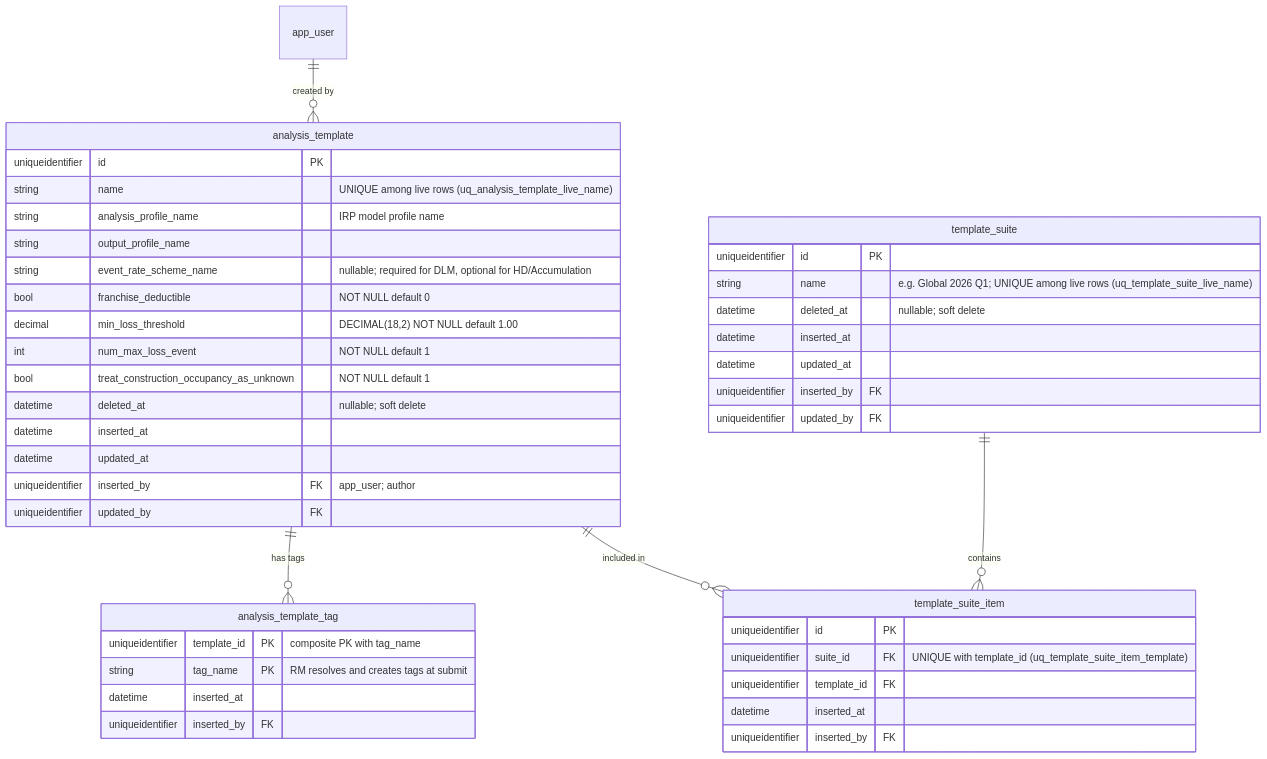
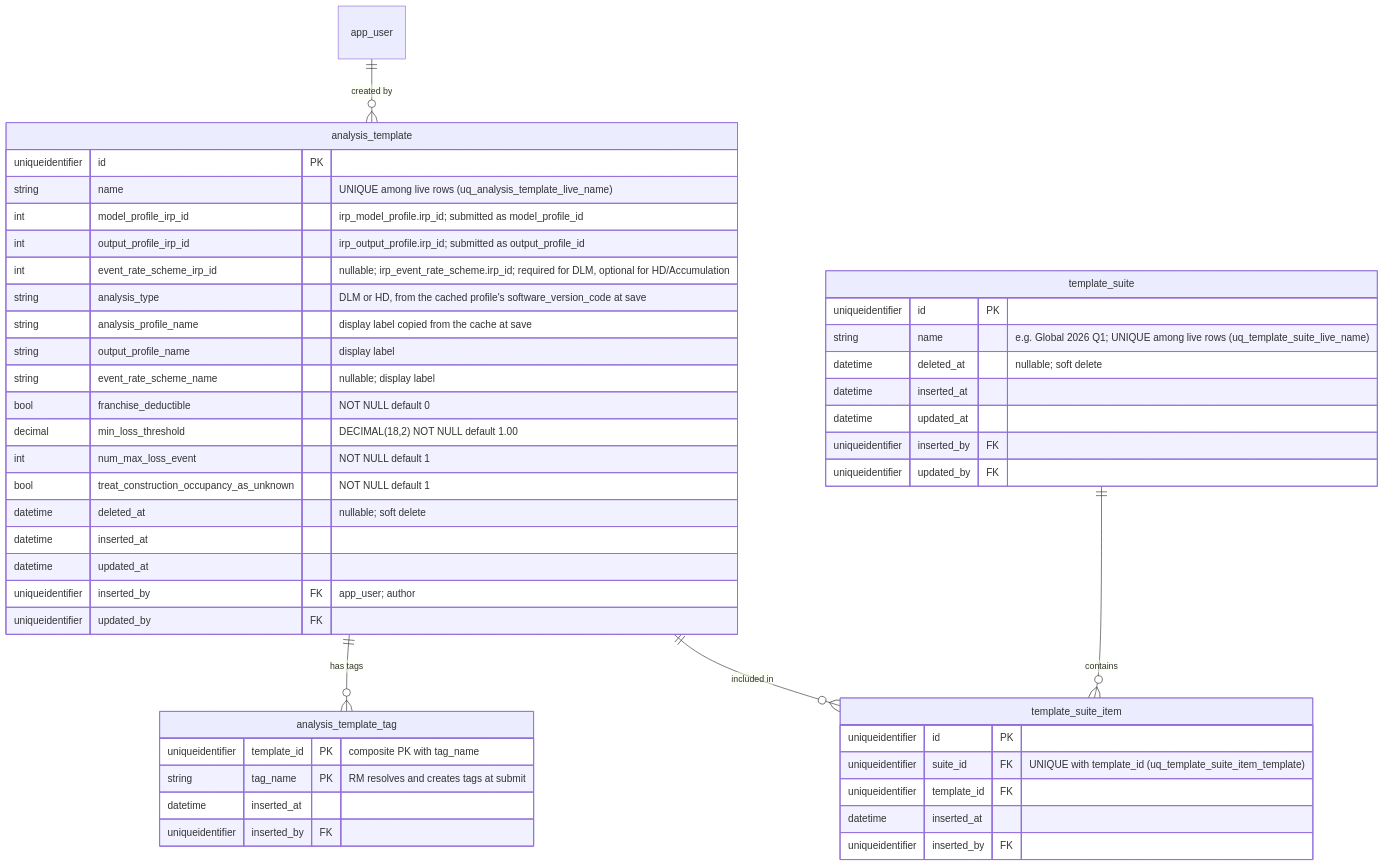
The fifth of 8 diagrams in docs/DATA_MODEL.md (anilvenugopal/risk-workbench), drawn with Mermaid before and after one commit. The commit also changed other lines of this file and 6 other files, not shown here.

````diff
--- a/docs/DATA_MODEL.md
+++ b/docs/DATA_MODEL.md
@@ -384,46 +384,50 @@
 ```mermaid
 erDiagram
   app_user ||--o{ analysis_template : "created by"
   analysis_template ||--o{ analysis_template_tag : "has tags"
   template_suite ||--o{ template_suite_item : contains
   analysis_template ||--o{ template_suite_item : "included in"
 
   analysis_template {
     uniqueidentifier id PK
     string name "UNIQUE among live rows (uq_analysis_template_live_name)"
-    string analysis_profile_name "IRP model profile name"
-    string output_profile_name
-    string event_rate_scheme_name "nullable; required for DLM, optional for HD/Accumulation"
+    int model_profile_irp_id "irp_model_profile.irp_id; submitted as model_profile_id"
+    int output_profile_irp_id "irp_output_profile.irp_id; submitted as output_profile_id"
+    int event_rate_scheme_irp_id "nullable; irp_event_rate_scheme.irp_id; required for DLM, optional for HD/Accumulation"
+    string analysis_type "DLM or HD, from the cached profile's software_version_code at save"
+    string analysis_profile_name "display label copied from the cache at save"
+    string output_profile_name "display label"
+    string event_rate_scheme_name "nullable; display label"
     bool franchise_deductible "NOT NULL default 0"
     decimal min_loss_threshold "DECIMAL(18,2) NOT NULL default 1.00"
     int num_max_loss_event "NOT NULL default 1"
     bool treat_construction_occupancy_as_unknown "NOT NULL default 1"
     datetime deleted_at "nullable; soft delete"
     datetime inserted_at
     datetime updated_at
     uniqueidentifier inserted_by FK "app_user; author"
     uniqueidentifier updated_by FK
   }
   analysis_template_tag {
     uniqueidentifier template_id PK "composite PK with tag_name"
     string tag_name PK "RM resolves and creates tags at submit"
     datetime inserted_at
     uniqueidentifier inserted_by FK
   }
   template_suite {
     uniqueidentifier id PK
     string name "e.g. Global 2026 Q1; UNIQUE among live rows (uq_template_suite_live_name)"
     datetime deleted_at "nullable; soft delete"
     datetime inserted_at
     datetime updated_at
     uniqueidentifier inserted_by FK
     uniqueidentifier updated_by FK
   }
   template_suite_item {
     uniqueidentifier id PK
     uniqueidentifier suite_id FK "UNIQUE with template_id (uq_template_suite_item_template)"
     uniqueidentifier template_id FK
     datetime inserted_at
     uniqueidentifier inserted_by FK
   }
 ```
````
